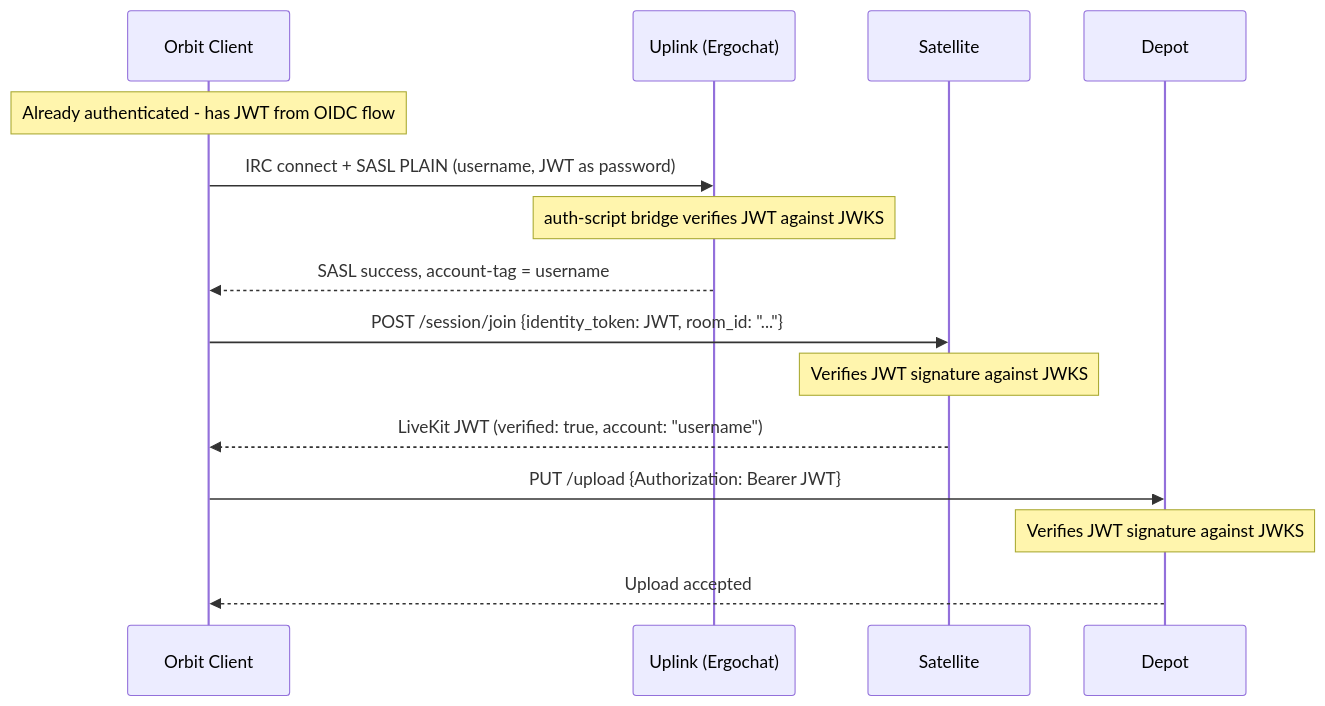
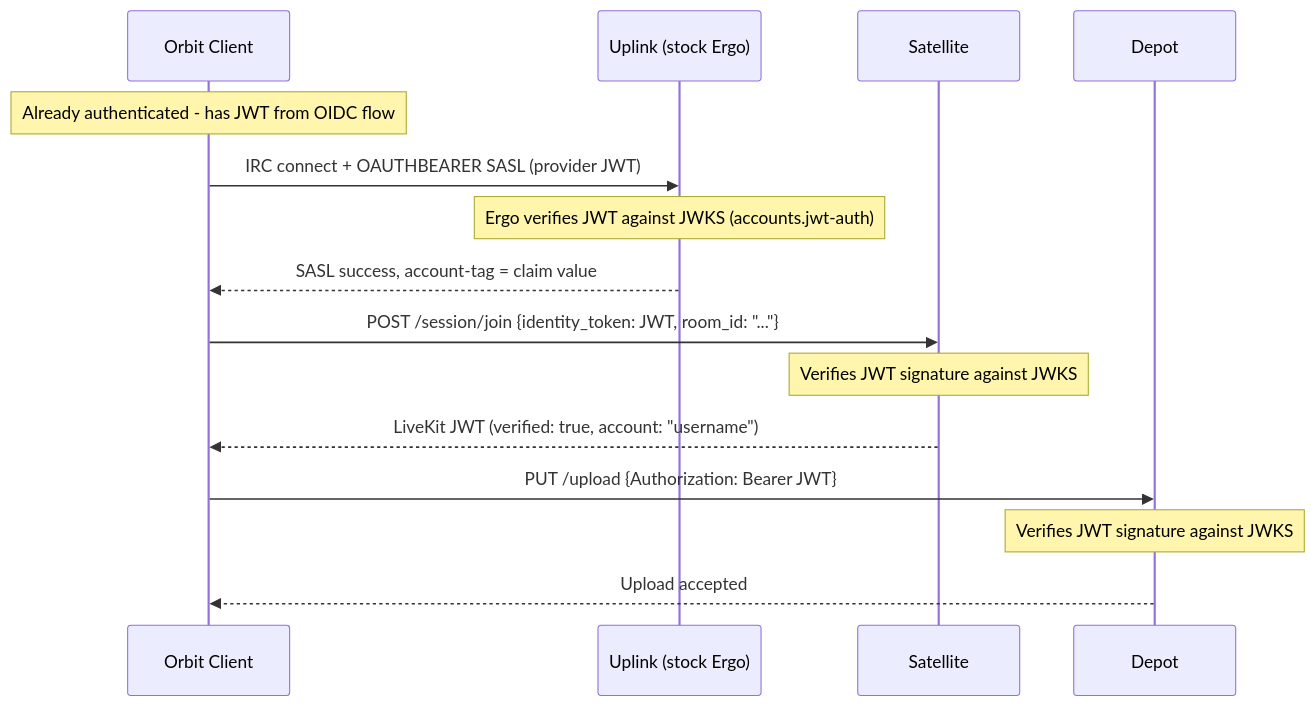
The third of 5 diagrams in spec/02-components/04-transponder.md (hivecom/orbit-spec), drawn with Mermaid before and after one commit. The commit also changed other lines of this file and 22 other files, not shown here.

````diff
--- a/spec/02-components/04-transponder.md
+++ b/spec/02-components/04-transponder.md
@@ -77,21 +79,21 @@
 ```mermaid
 sequenceDiagram
     participant O as Orbit Client
-    participant GC as Uplink (Ergochat)
+    participant GC as Uplink (stock Ergo)
     participant S as Satellite
     participant D as Depot
 
     Note over O: Already authenticated - has JWT from OIDC flow
 
-    O->>GC: IRC connect + SASL PLAIN (username, JWT as password)
-    Note over GC: auth-script bridge verifies JWT against JWKS
-    GC-->>O: SASL success, account-tag = username
+    O->>GC: IRC connect + OAUTHBEARER SASL (provider JWT)
+    Note over GC: Ergo verifies JWT against JWKS (accounts.jwt-auth)
+    GC-->>O: SASL success, account-tag = claim value
 
     O->>S: POST /session/join {identity_token: JWT, room_id: "..."}
     Note over S: Verifies JWT signature against JWKS
     S-->>O: LiveKit JWT (verified: true, account: "username")
 
     O->>D: PUT /upload {Authorization: Bearer JWT}
     Note over D: Verifies JWT signature against JWKS
     D-->>O: Upload accepted
 ```
````
